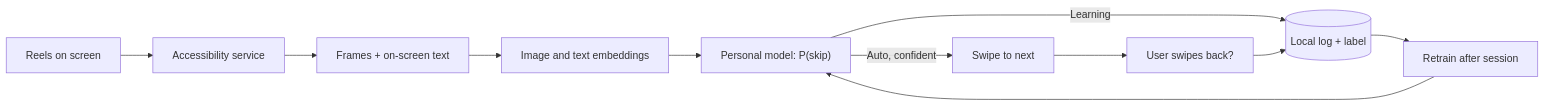
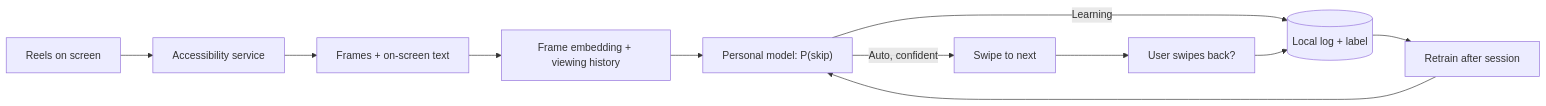
Before and after one commit to tony3ynot/auto_doomscroller: the diagram in README.md, drawn with Mermaid. The commit also changed other lines of this file and 1 other file, not shown here.

````diff
--- a/README.md
+++ b/README.md
@@ -36,13 +39,13 @@
 ```mermaid
 flowchart LR
     A[Reels on screen] --> B[Accessibility service]
     B --> C[Frames + on-screen text]
-    C --> D[Image and text embeddings]
+    C --> D[Frame embedding + viewing history]
     D --> E["Personal model: P(skip)"]
     E -->|Learning| F[(Local log + label)]
     E -->|Auto, confident| G[Swipe to next]
     G --> H[User swipes back?]
     H --> F
     F --> I[Retrain after session]
     I --> E
 ```
````
